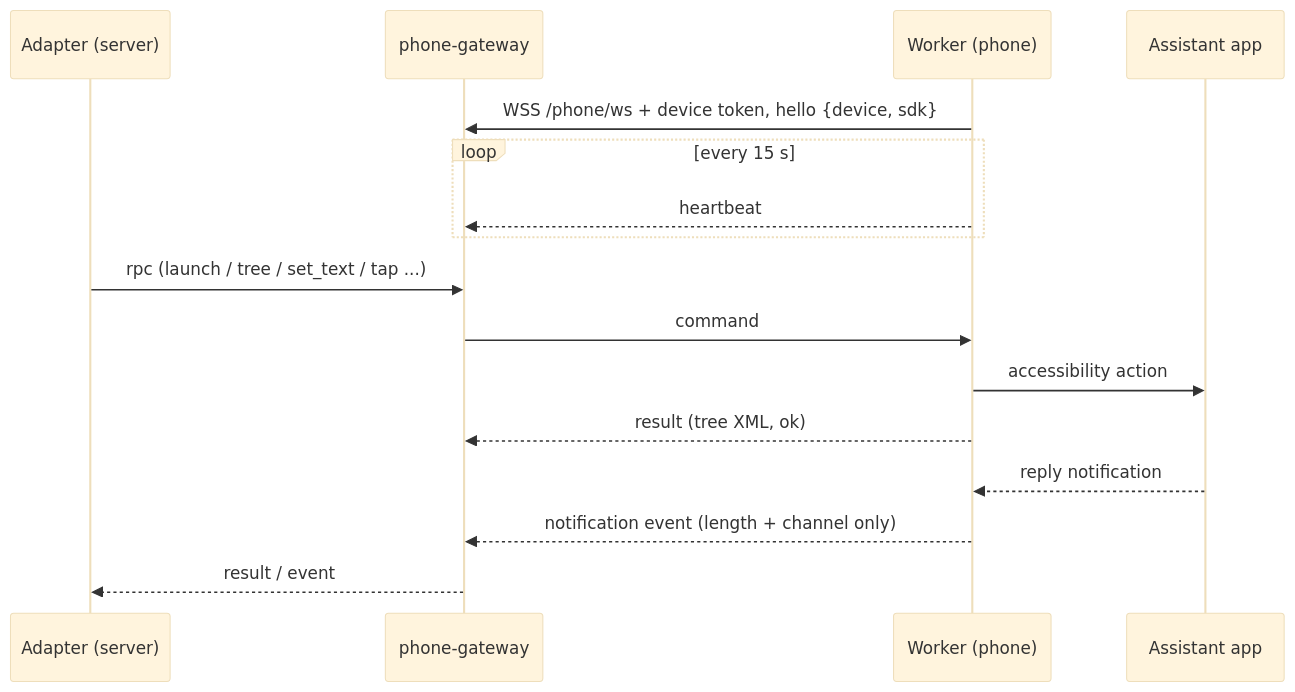
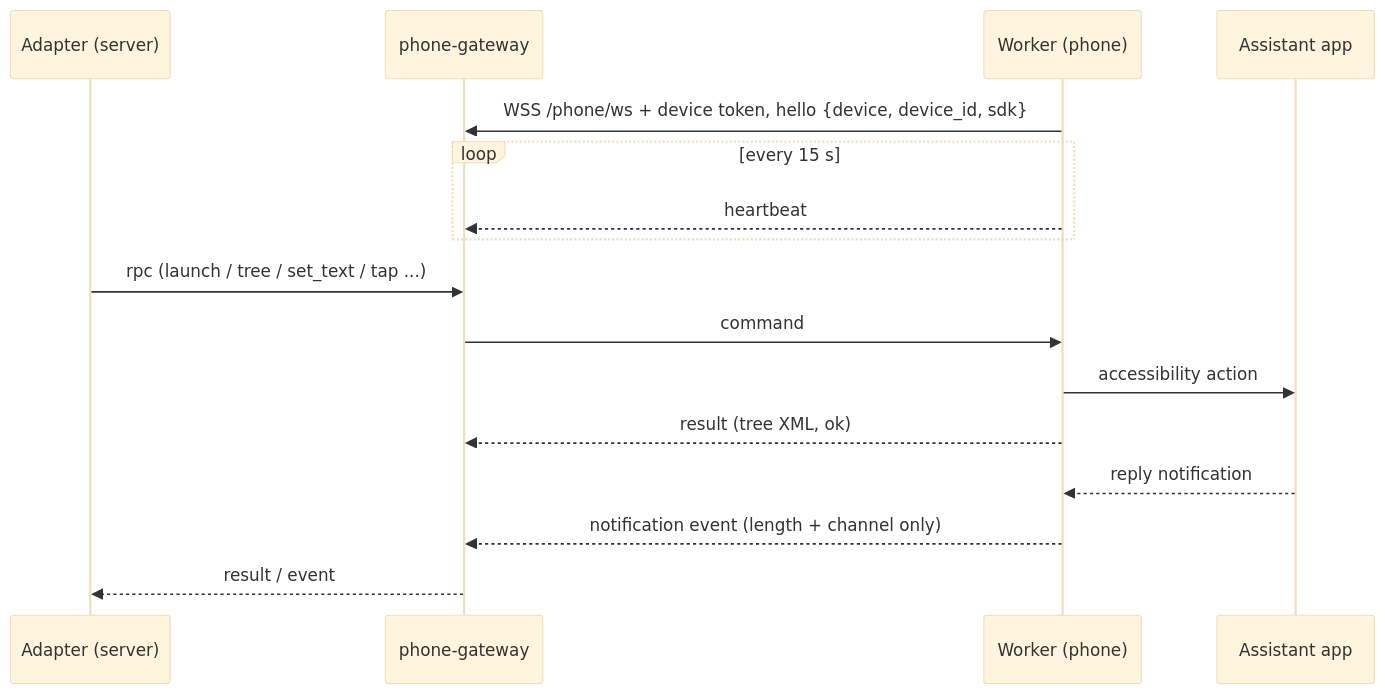
One commit to bluelikeness/roundtable-agent changed the first of 2 diagrams in phone/README.md. Above: the diagram before and after it, drawn with Mermaid (base theme). The commit also changed other lines of this file and 3 other files, not shown here.

````diff
--- a/phone/README.md
+++ b/phone/README.md
@@ -13,18 +13,18 @@
 ```mermaid
 sequenceDiagram
   participant A as Adapter (server)
   participant G as phone-gateway
   participant W as Worker (phone)
   participant APP as Assistant app
-  W->>G: WSS /phone/ws + device token, hello {device, sdk}
+  W->>G: WSS /phone/ws + device token, hello {device, device_id, sdk}
   loop every 15 s
     W-->>G: heartbeat
   end
   A->>G: rpc (launch / tree / set_text / tap ...)
   G->>W: command
   W->>APP: accessibility action
   W-->>G: result (tree XML, ok)
   APP-->>W: reply notification
   W-->>G: notification event (length + channel only)
   G-->>A: result / event
 ```
````
